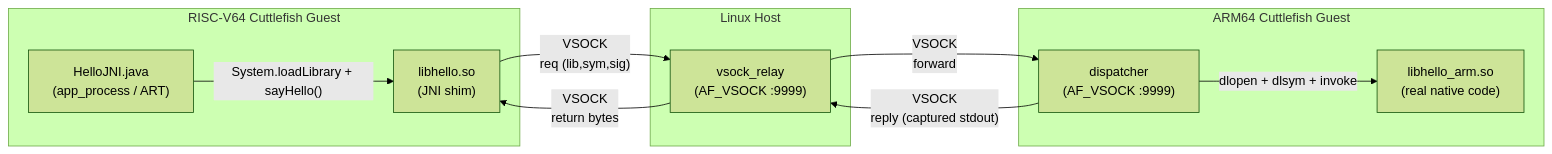
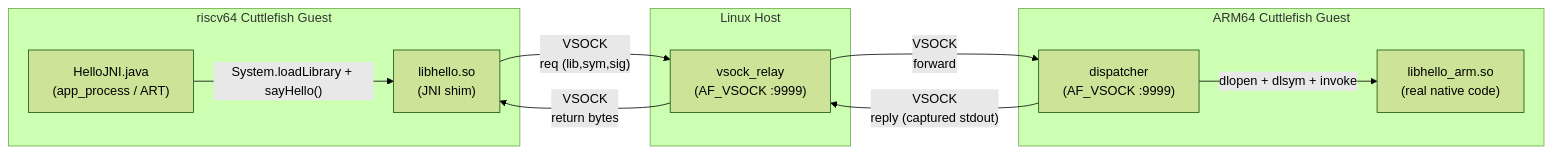
Before and after one commit to Vishal062005/RASNA---Riscv-Android-Shim-for-NDK-Acceleration: the diagram in README.md, drawn with Mermaid (forest theme). The commit also changed other lines of this file, not shown here.

````diff
--- a/README.md
+++ b/README.md
@@ -30,23 +30,23 @@
 ```mermaid
 flowchart LR
-    subgraph RV["RISC-V64 Cuttlefish Guest"]
+    subgraph RV["riscv64 Cuttlefish Guest"]
         APP["HelloJNI.java<br/>(app_process / ART)"]
         SHIM["libhello.so<br/>(JNI shim)"]
         APP -- "System.loadLibrary + sayHello()" --> SHIM
     end
 
     subgraph HOST["Linux Host"]
         RELAY["vsock_relay<br/>(AF_VSOCK :9999)"]
     end
 
     subgraph ARM["ARM64 Cuttlefish Guest"]
         DISP["dispatcher<br/>(AF_VSOCK :9999)"]
         LIB["libhello_arm.so<br/>(real native code)"]
         DISP -- "dlopen + dlsym + invoke" --> LIB
     end
 
     SHIM -- "VSOCK<br/>req (lib,sym,sig)" --> RELAY
     RELAY -- "VSOCK<br/>forward" --> DISP
     DISP -- "VSOCK<br/>reply (captured stdout)" --> RELAY
     RELAY -- "VSOCK<br/>return bytes" --> SHIM
 ```
````
